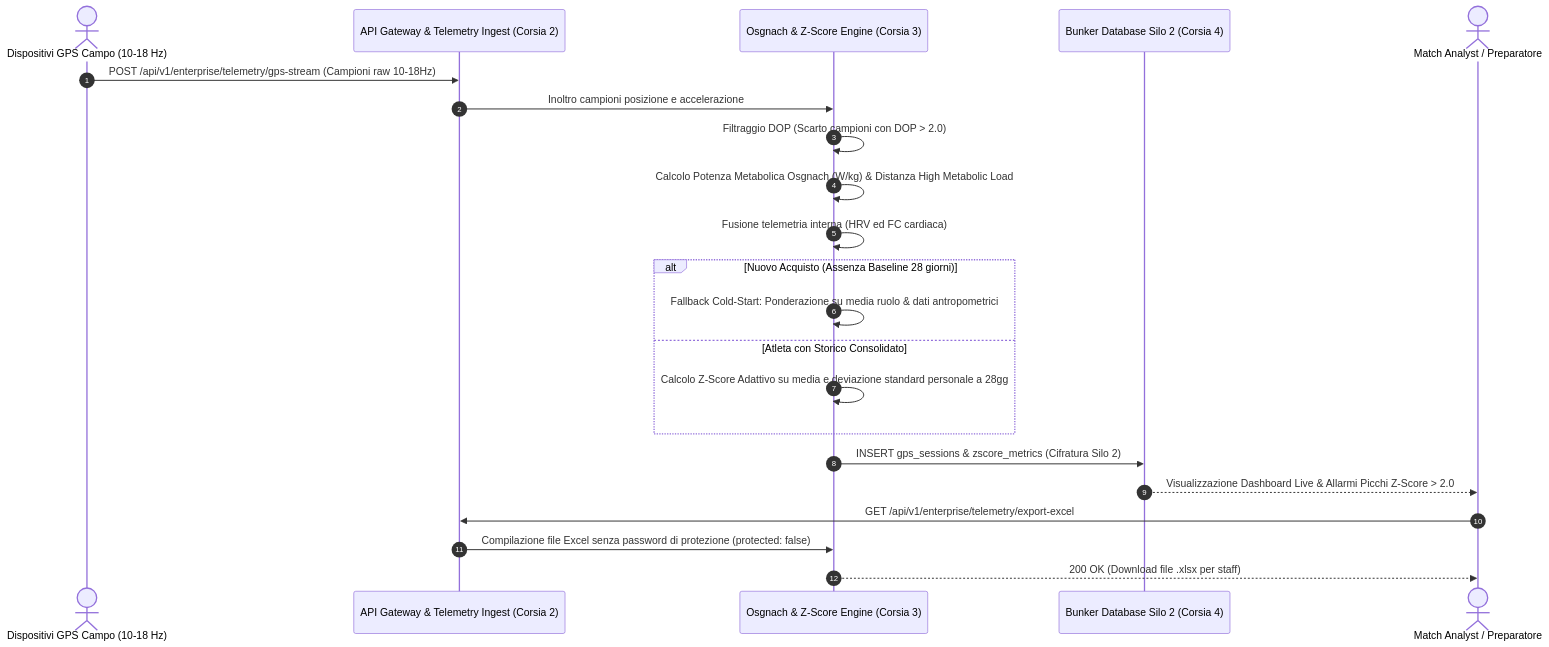
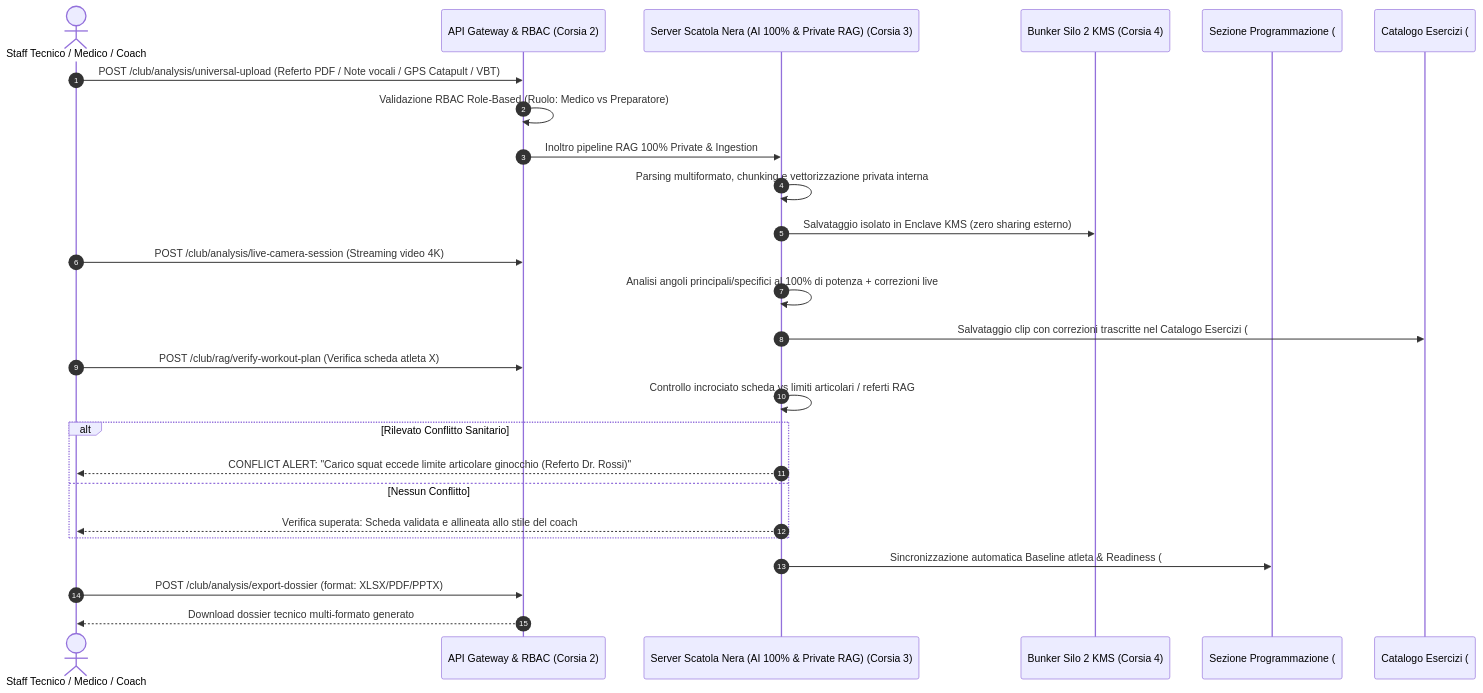
The diagram in architecture-blueprint/00-capitolato-tecnico-e-glossario/16-software-3-flow-4c-gps-adaptive-zscore.md (sportscience2025-star/Sports-Analytics-Platform---T7-Workout-APP), drawn with Mermaid before and after one commit. The commit also changed other lines of this file and 13 other files, not shown here.

Commit message:
feat: reorganize Data Analisi Miro flows (#04, #10, #16), specs, and approved rules

````diff
--- a/architecture-blueprint/00-capitolato-tecnico-e-glossario/16-software-3-flow-4c-gps-adaptive-zscore.md
+++ b/architecture-blueprint/00-capitolato-tecnico-e-glossario/16-software-3-flow-4c-gps-adaptive-zscore.md
@@ -53,25 +58,29 @@
 ```mermaid
 sequenceDiagram
     autonumber
-    actor GPS as Dispositivi GPS Campo (10-18 Hz)
-    participant GW as API Gateway & Telemetry Ingest (Corsia 2)
-    participant MATH as Osgnach & Z-Score Engine (Corsia 3)
-    participant SILO2 as Bunker Database Silo 2 (Corsia 4)
-    actor Analyst as Match Analyst / Preparatore
+    actor Staff as Staff Tecnico / Medico / Coach
+    participant GW as API Gateway & RBAC (Corsia 2)
+    participant AI as Server Scatola Nera (AI 100% & Private RAG) (Corsia 3)
+    participant SILO2 as Bunker Silo 2 KMS (Corsia 4)
+    participant PROG as Sezione Programmazione (#15)
+    participant CAT as Catalogo Esercizi (#14)
 
-    GPS->>GW: POST /api/v1/enterprise/telemetry/gps-stream (Campioni raw 10-18Hz)
-    GW->>MATH: Inoltro campioni posizione e accelerazione
-    MATH->>MATH: Filtraggio DOP (Scarto campioni con DOP > 2.0)
-    MATH->>MATH: Calcolo Potenza Metabolica Osgnach (W/kg) & Distanza High Metabolic Load
-    MATH->>MATH: Fusione telemetria interna (HRV ed FC cardiaca)
-    alt Nuovo Acquisto (Assenza Baseline 28 giorni)
-        MATH->>MATH: Fallback Cold-Start: Ponderazione su media ruolo & dati antropometrici
-    else Atleta con Storico Consolidato
-        MATH->>MATH: Calcolo Z-Score Adattivo su media e deviazione standard personale a 28gg
+    Staff->>GW: POST /club/analysis/universal-upload (Referto PDF / Note vocali / GPS Catapult / VBT)
+    GW->>GW: Validazione RBAC Role-Based (Ruolo: Medico vs Preparatore)
+    GW->>AI: Inoltro pipeline RAG 100% Private & Ingestion
+    AI->>AI: Parsing multiformato, chunking e vettorizzazione privata interna
+    AI->>SILO2: Salvataggio isolato in Enclave KMS (zero sharing esterno)
+    Staff->>GW: POST /club/analysis/live-camera-session (Streaming video 4K)
+    AI->>AI: Analisi angoli principali/specifici al 100% di potenza + correzioni live
+    AI->>CAT: Salvataggio clip con correzioni trascritte nel Catalogo Esercizi (#14)
+    Staff->>GW: POST /club/rag/verify-workout-plan (Verifica scheda atleta X)
+    AI->>AI: Controllo incrociato scheda vs limiti articolari / referti RAG
+    alt Rilevato Conflitto Sanitario
+        AI-->>Staff: CONFLICT ALERT: "Carico squat eccede limite articolare ginocchio (Referto Dr. Rossi)"
+    else Nessun Conflitto
+        AI-->>Staff: Verifica superata: Scheda validata e allineata allo stile del coach
     end
-    MATH->>SILO2: INSERT gps_sessions & zscore_metrics (Cifratura Silo 2)
-    SILO2-->>Analyst: Visualizzazione Dashboard Live & Allarmi Picchi Z-Score > 2.0
-    Analyst->>GW: GET /api/v1/enterprise/telemetry/export-excel
-    GW->>MATH: Compilazione file Excel senza password di protezione (protected: false)
-    MATH-->>Analyst: 200 OK (Download file .xlsx per staff)
+    AI->>PROG: Sincronizzazione automatica Baseline atleta & Readiness (#15)
+    Staff->>GW: POST /club/analysis/export-dossier (format: XLSX/PDF/PPTX)
+    GW-->>Staff: Download dossier tecnico multi-formato generato
 ```
````
